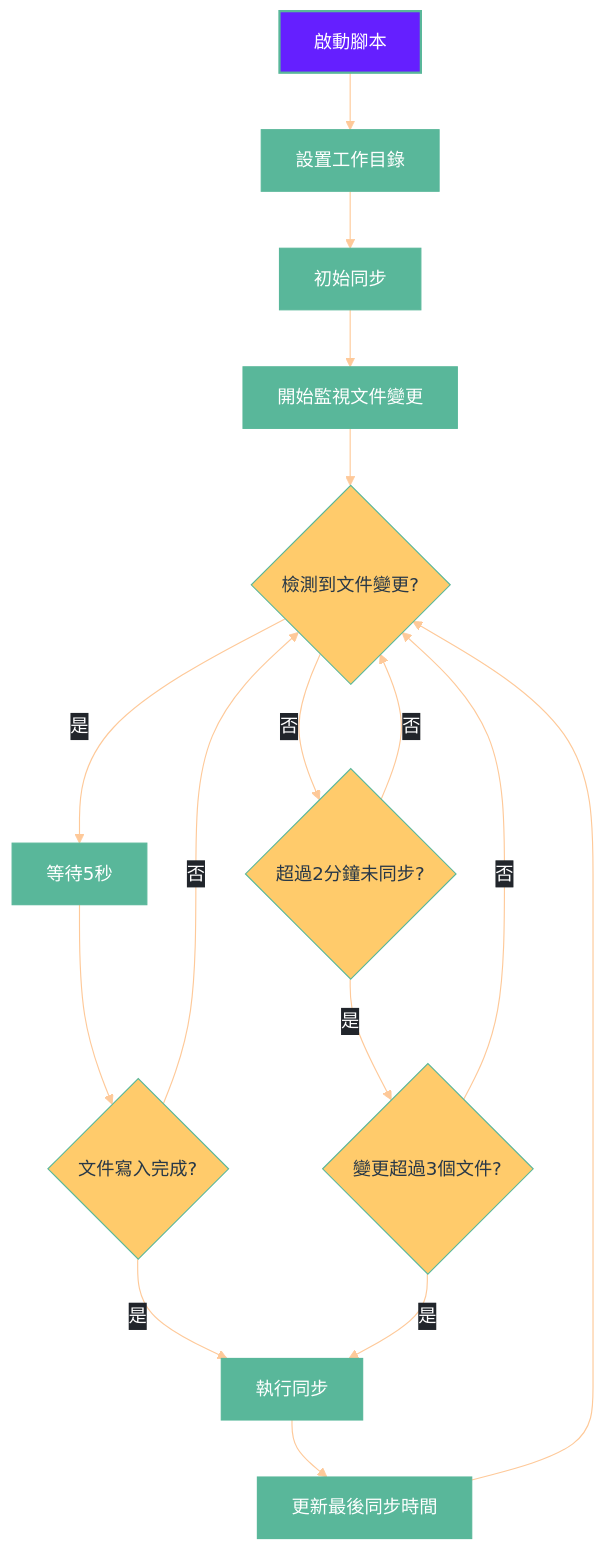
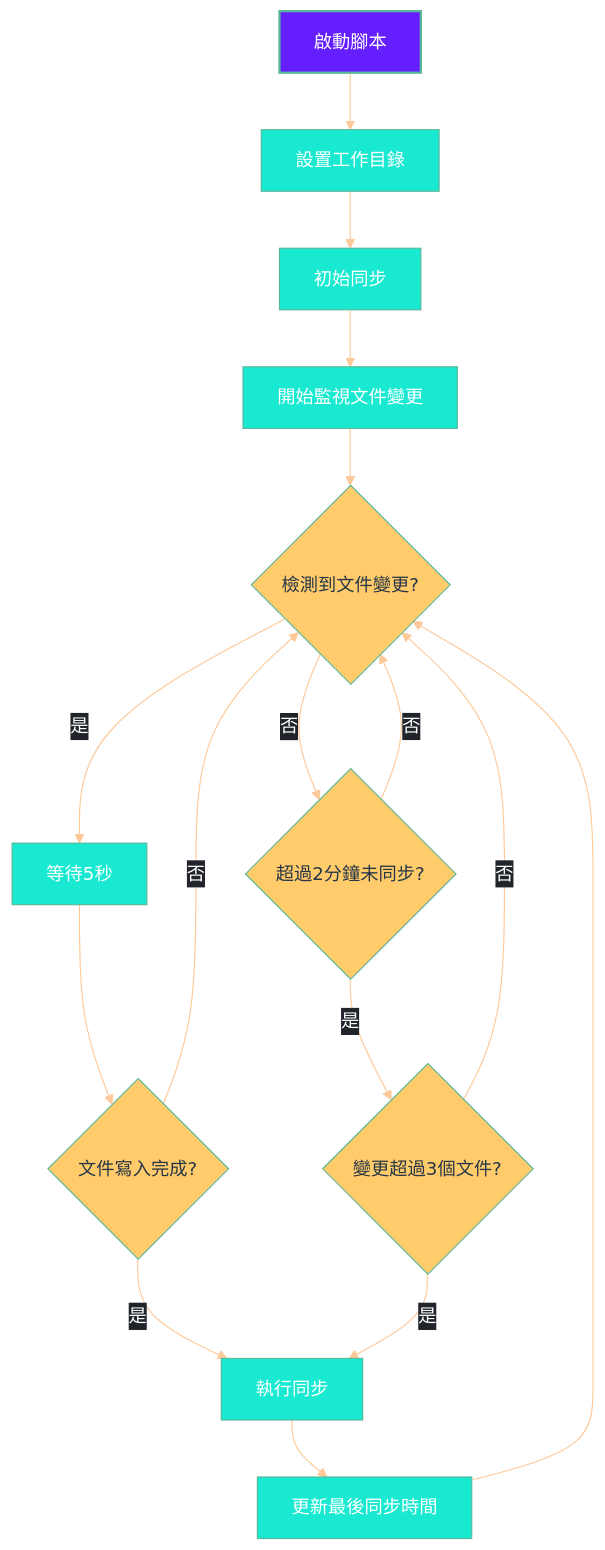
Before and after one commit to GengGeng026/Sync-Logseq: the second of 2 diagrams in Logseq同步方案演進記錄.md, drawn with Mermaid.

Commit message:
Auto-sync: Wed Mar 26 10:17:20 +08 2025

````diff
--- a/Logseq同步方案演進記錄.md
+++ b/Logseq同步方案演進記錄.md
@@ -375,52 +375,52 @@
 ```mermaid
 %%{init: {
   'theme': 'base', 
   'themeVariables': {
     'primaryColor': '#19E9D9',
     'primaryTextColor': '#FFFFFF',
     'primaryBorderColor': '#59B79A',
     'lineColor': '#FEC999',
     'secondaryColor': '#FFCB6B',
     'tertiaryColor': '#F07178',
     'background': 'transparent',
     'textColor': '#EEFFFF',
     'mainBkg': '#273747',
     'nodeBorder': '#59B79A',
     'clusterBkg': 'transparent',
     'edgeLabelBackground': '#21252B'
   },
   'flowchart': {
     'curve': 'basis',
     'nodeSpacing': 50,
     'rankSpacing': 50,
     'padding': 15
   }
 }}%%
 flowchart TD
     %% 節點樣式優化
     classDef start fill:#651FFF,stroke:#59B79A,color:#FFFFFF,stroke-width:2px;
-    classDef process fill:#59B79A,stroke:#59B79A,color:#FFFFFF,stroke-width:1px;
+    classDef process fill:#19E9D1,stroke:#59B79A,color:#FFFFFF,stroke-width:1px;
     classDef condition fill:#FFCB6B,stroke:#59B79A,color:#273747,stroke-width:1px,shape:diamond;
     classDef action fill:#F07178,stroke:#59B79A,color:#FFFFFF,stroke-width:1px;
     
     A[啟動腳本] --> B[設置工作目錄]
     B --> C[初始同步]
     C --> D[開始監視文件變更]
     D --> E{檢測到文件變更?}
     E -->|是| F[等待5秒]
     F --> G{文件寫入完成?}
     G -->|是| H[執行同步]
     G -->|否| E
     E -->|否| I{超過2分鐘未同步?}
     I -->|是| J{變更超過3個文件?}
     J -->|是| H
     J -->|否| E
     I -->|否| E
     H --> K[更新最後同步時間]
     K --> E
     
     %% 應用樣式
     class A start;
     class B,C,D,F,H,K process;
     class E,G,I,J condition;
 ```
````
